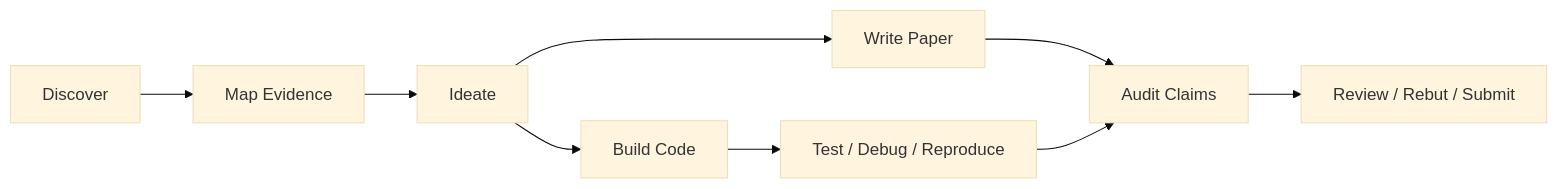
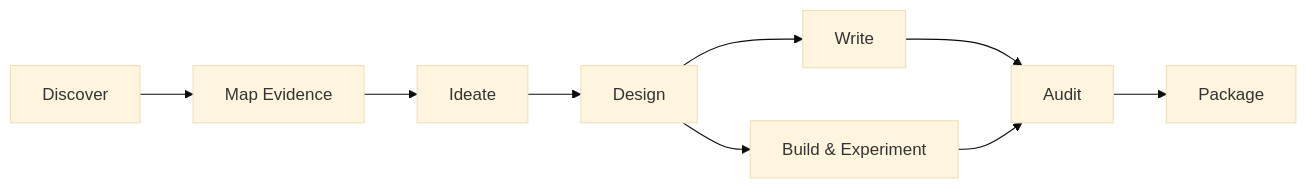
Before and after one commit to UCL-RAI/skills: the diagram in README.md, drawn with Mermaid (base theme). The commit also changed other lines of this file and 30 other files, not shown here.

````diff
--- a/README.md
+++ b/README.md
@@ -43,11 +71,11 @@
 ```mermaid
 flowchart LR
     A["Discover"] --> B["Map Evidence"]
     B --> C["Ideate"]
-    C --> D["Write Paper"]
-    D --> E["Audit Claims"]
-    E --> F["Review / Rebut / Submit"]
-    C --> G["Build Code"]
-    G --> H["Test / Debug / Reproduce"]
-    H --> E
+    C --> D["Design"]
+    D --> E["Write"]
+    E --> F["Audit"]
+    F --> G["Package"]
+    D --> H["Build & Experiment"]
+    H --> F
 ```
````
